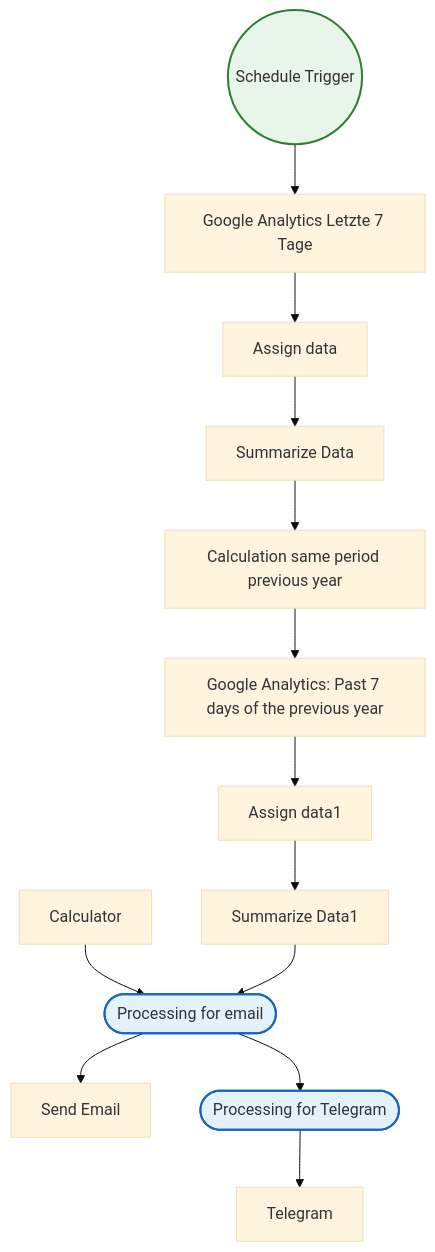
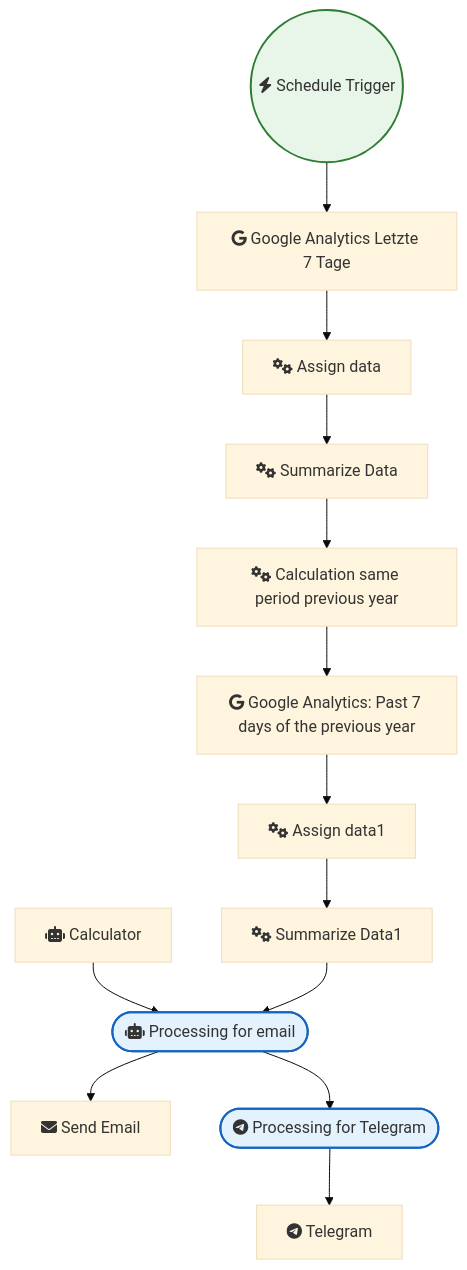
Before and after one commit to sreyash3105/N8N-DEMO-AUTOMATIONS: the diagram in AI_Research_RAG_and_Data_Analysis/Google Analytics Weekly Report.md, drawn with Mermaid (base theme). The commit also changed 291 other files, not shown here.

````diff
--- a/AI_Research_RAG_and_Data_Analysis/Google Analytics Weekly Report.md
+++ b/AI_Research_RAG_and_Data_Analysis/Google Analytics Weekly Report.md
@@ -1,33 +1,33 @@
 ```mermaid
 graph TD
     classDef trigger fill:#e8f5e9,stroke:#2e7d32,stroke-width:2px;
     classDef ai fill:#e3f2fd,stroke:#1565c0,stroke-width:2px;
     classDef logic fill:#fff3e0,stroke:#ef6c00,stroke-width:2px;
 
-    Schedule_Trigger(("Schedule Trigger")):::trigger
-    Google_Analytics_Letzte_7_Tage["Google Analytics Letzte 7 Tage"]
-    Send_Email["Send Email"]
-    Telegram["Telegram"]
-    Processing_for_Telegram(["Processing for Telegram"]):::ai
-    Calculator["Calculator"]
-    Google_Analytics__Past_7_days_of_the_previous_year["Google Analytics: Past 7 days of the previous year"]
-    Summarize_Data["Summarize Data"]
-    Summarize_Data1["Summarize Data1"]
-    Calculation_same_period_previous_year["Calculation same period previous year"]
-    Assign_data["Assign data"]
-    Assign_data1["Assign data1"]
-    Processing_for_email(["Processing for email"]):::ai
+    Schedule_Trigger(("fas:fa-bolt Schedule Trigger")):::trigger
+    Google_Analytics_Letzte_7_Tage["fab:fa-google Google Analytics Letzte 7 Tage"]
+    Send_Email["fas:fa-envelope Send Email"]
+    Telegram["fab:fa-telegram Telegram"]
+    Processing_for_Telegram(["fab:fa-telegram Processing for Telegram"]):::ai
+    Calculator["fas:fa-robot Calculator"]
+    Google_Analytics__Past_7_days_of_the_previous_year["fab:fa-google Google Analytics: Past 7 days of the previous year"]
+    Summarize_Data["fas:fa-cogs Summarize Data"]
+    Summarize_Data1["fas:fa-cogs Summarize Data1"]
+    Calculation_same_period_previous_year["fas:fa-cogs Calculation same period previous year"]
+    Assign_data["fas:fa-cogs Assign data"]
+    Assign_data1["fas:fa-cogs Assign data1"]
+    Processing_for_email(["fas:fa-robot Processing for email"]):::ai
 
     Calculator --> Processing_for_email
     Assign_data --> Summarize_Data
     Assign_data1 --> Summarize_Data1
     Summarize_Data --> Calculation_same_period_previous_year
     Summarize_Data1 --> Processing_for_email
     Schedule_Trigger --> Google_Analytics_Letzte_7_Tage
     Processing_for_email --> Send_Email
     Processing_for_email --> Processing_for_Telegram
     Processing_for_Telegram --> Telegram
     Google_Analytics_Letzte_7_Tage --> Assign_data
     Calculation_same_period_previous_year --> Google_Analytics__Past_7_days_of_the_previous_year
     Google_Analytics__Past_7_days_of_the_previous_year --> Assign_data1
 ```
````
